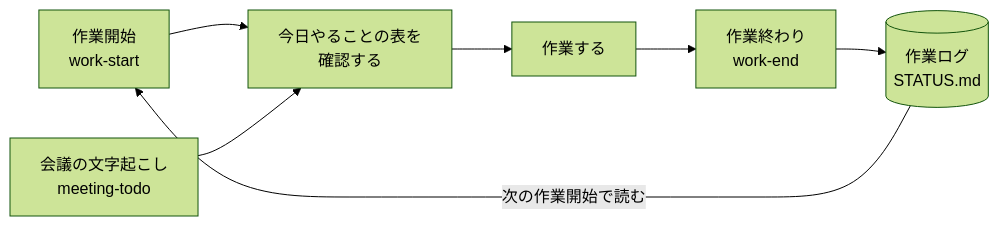
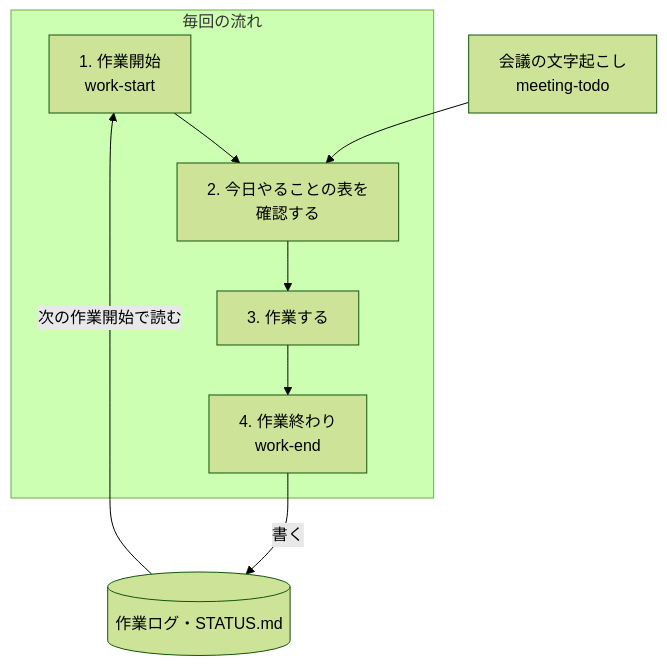
Before and after one commit to kangshuyanyuan-cloud/Task-Organizer-Skills: the diagram in README.md, drawn with Mermaid (forest theme).

Commit message:
READMEの流れの図を縦に変え、戻り線と文字起こしの線が重ならないようにする

````diff
--- a/README.md
+++ b/README.md
@@ -42,9 +42,11 @@
 ```mermaid
-flowchart LR
-    A["作業開始<br>work-start"] --> B["今日やることの表を<br>確認する"]
-    B --> C["作業する"]
-    C --> D["作業終わり<br>work-end"]
-    D --> E[("作業ログ<br>STATUS.md")]
+flowchart TB
+    subgraph 毎回の流れ
+      A["1. 作業開始<br>work-start"] --> B["2. 今日やることの表を<br>確認する"]
+      B --> C["3. 作業する"]
+      C --> D["4. 作業終わり<br>work-end"]
+    end
+    M["会議の文字起こし<br>meeting-todo"] --> B
+    D -->|書く| E[("作業ログ・STATUS.md")]
     E -->|次の作業開始で読む| A
-    M["会議の文字起こし<br>meeting-todo"] --> B
 ```
````
